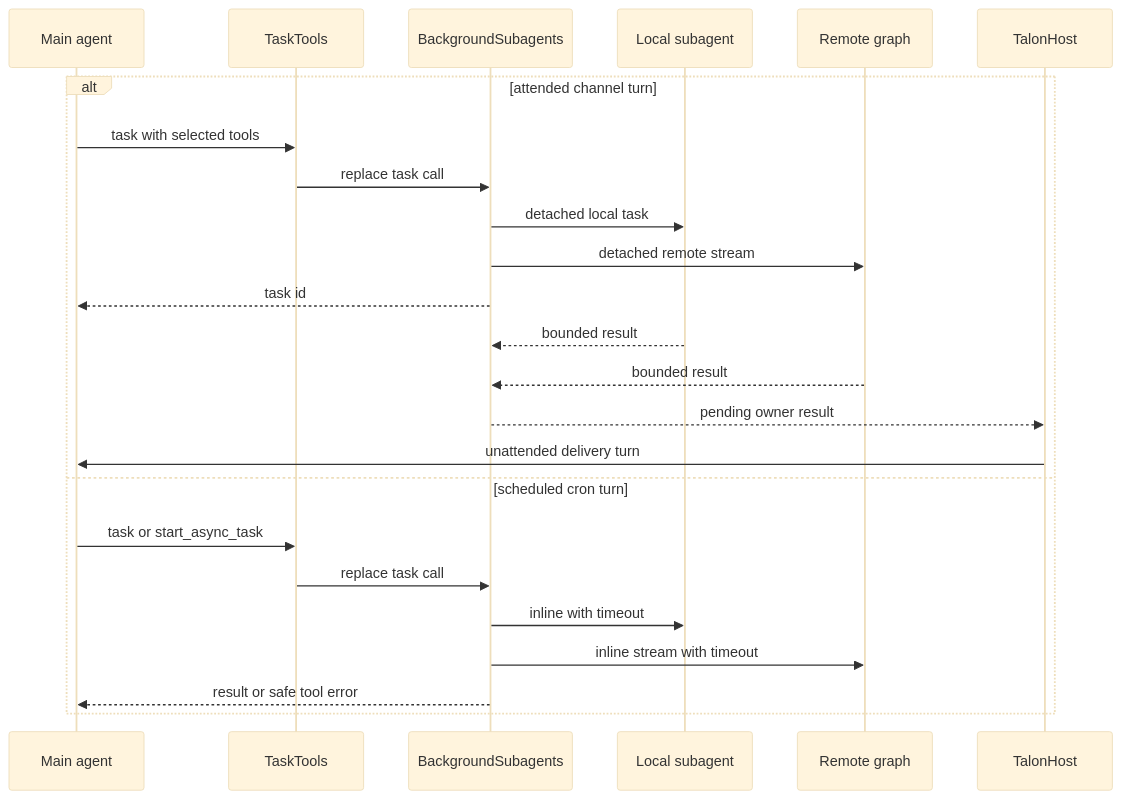
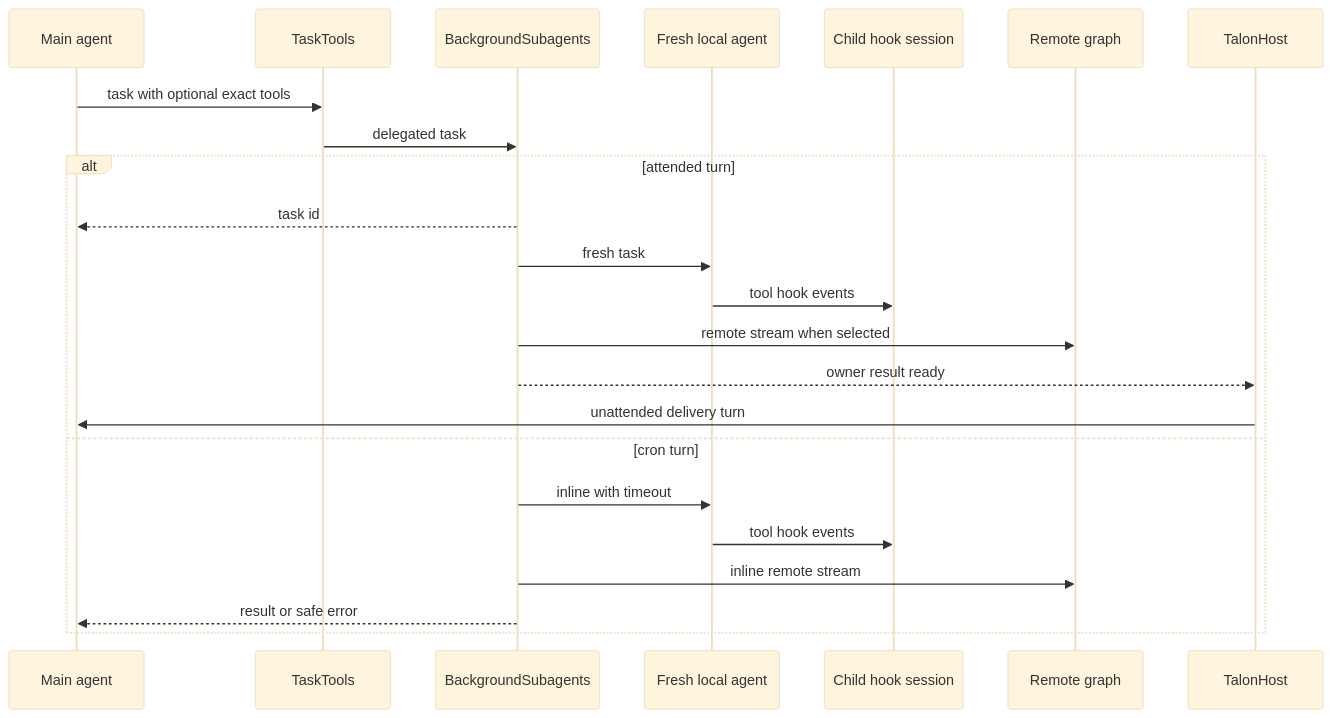
The second of 2 diagrams in openwiki/integrations/talon.md (langchain-ai/deepagents), drawn with Mermaid (base theme) before and after one commit. The commit also changed other lines of this file and 28 other files, not shown here.

````diff
--- a/openwiki/integrations/talon.md
+++ b/openwiki/integrations/talon.md
@@ -93,27 +103,26 @@
 ```mermaid
 sequenceDiagram
     participant Main as Main agent
-    participant Tasks as TaskTools
-    participant Bg as BackgroundSubagents
-    participant Local as Local subagent
+    participant Tasker as TaskTools
+    participant Worker as BackgroundSubagents
+    participant Local as Fresh local agent
+    participant Hooker as Child hook session
     participant Remote as Remote graph
     participant Host as TalonHost
 
-    alt attended channel turn
-        Main->>Tasks: task with selected tools
-        Tasks->>Bg: replace task call
-        Bg->>Local: detached local task
-        Bg->>Remote: detached remote stream
-        Bg-->>Main: task id
-        Local-->>Bg: bounded result
-        Remote-->>Bg: bounded result
-        Bg-->>Host: pending owner result
+    Main->>Tasker: task with optional exact tools
+    Tasker->>Worker: delegated task
+    alt attended turn
+        Worker-->>Main: task id
+        Worker->>Local: fresh task
+        Local->>Hooker: tool hook events
+        Worker->>Remote: remote stream when selected
+        Worker-->>Host: owner result ready
         Host->>Main: unattended delivery turn
-    else scheduled cron turn
-        Main->>Tasks: task or start_async_task
-        Tasks->>Bg: replace task call
-        Bg->>Local: inline with timeout
-        Bg->>Remote: inline stream with timeout
-        Bg-->>Main: result or safe tool error
+    else cron turn
+        Worker->>Local: inline with timeout
+        Local->>Hooker: tool hook events
+        Worker->>Remote: inline remote stream
+        Worker-->>Main: result or safe error
     end
 ```
````
